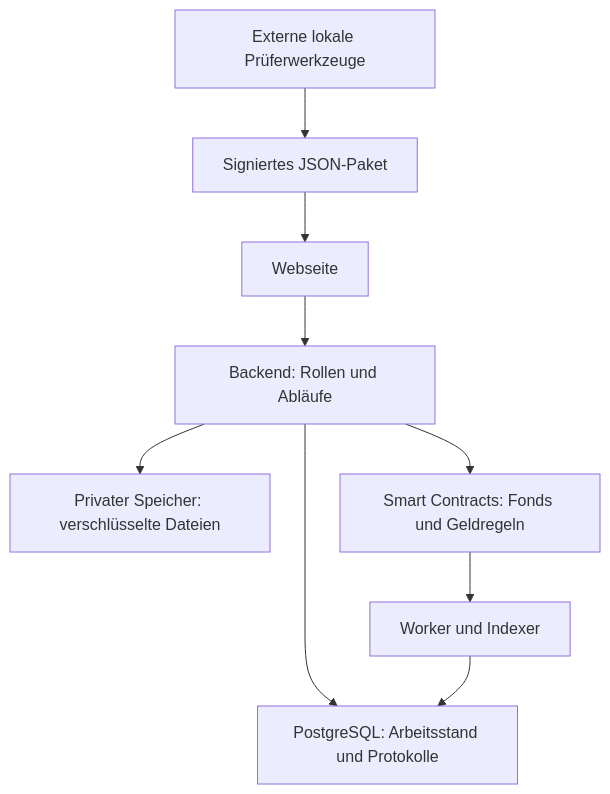
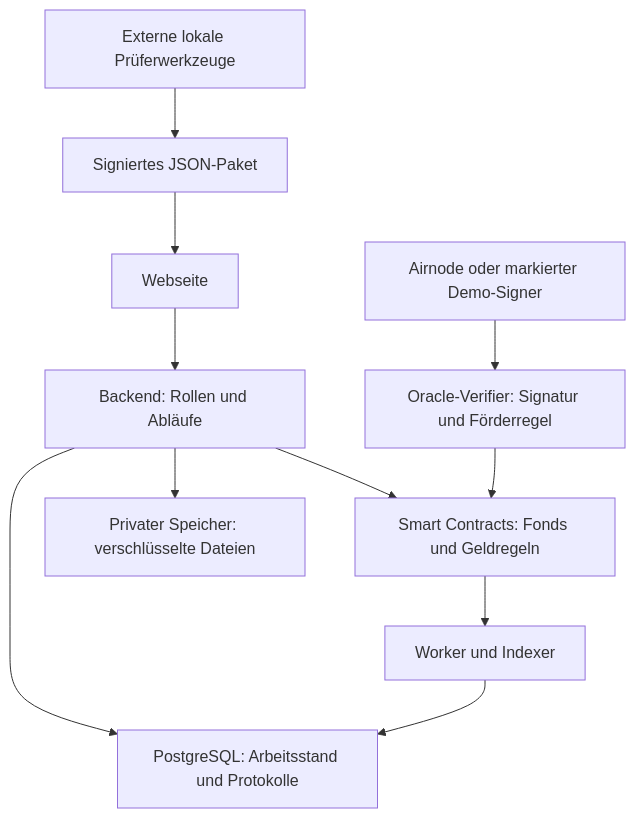
One commit to NoMelatonin/API3_Hackathon_Agent changed the second of 2 diagrams in docs/v3/LANDKARTE.md. Above: the diagram before and after it, drawn with Mermaid. The commit also changed other lines of this file and 35 other files, not shown here.

````diff
--- a/docs/v3/LANDKARTE.md
+++ b/docs/v3/LANDKARTE.md
@@ -139,11 +163,13 @@
 ```mermaid
 flowchart TD
     UI[Webseite] --> API[Backend: Rollen und Abläufe]
+    ORACLE[Airnode oder markierter Demo-Signer] --> VERIFY[Oracle-Verifier: Signatur und Förderregel]
+    VERIFY --> CHAIN
     CLI[Externe lokale Prüferwerkzeuge] --> JSON[Signiertes JSON-Paket]
     JSON --> UI
     API --> DB[PostgreSQL: Arbeitsstand und Protokolle]
     API --> FILES[Privater Speicher: verschlüsselte Dateien]
     API --> CHAIN[Smart Contracts: Fonds und Geldregeln]
     CHAIN --> INDEX[Worker und Indexer]
     INDEX --> DB
 ```
````
